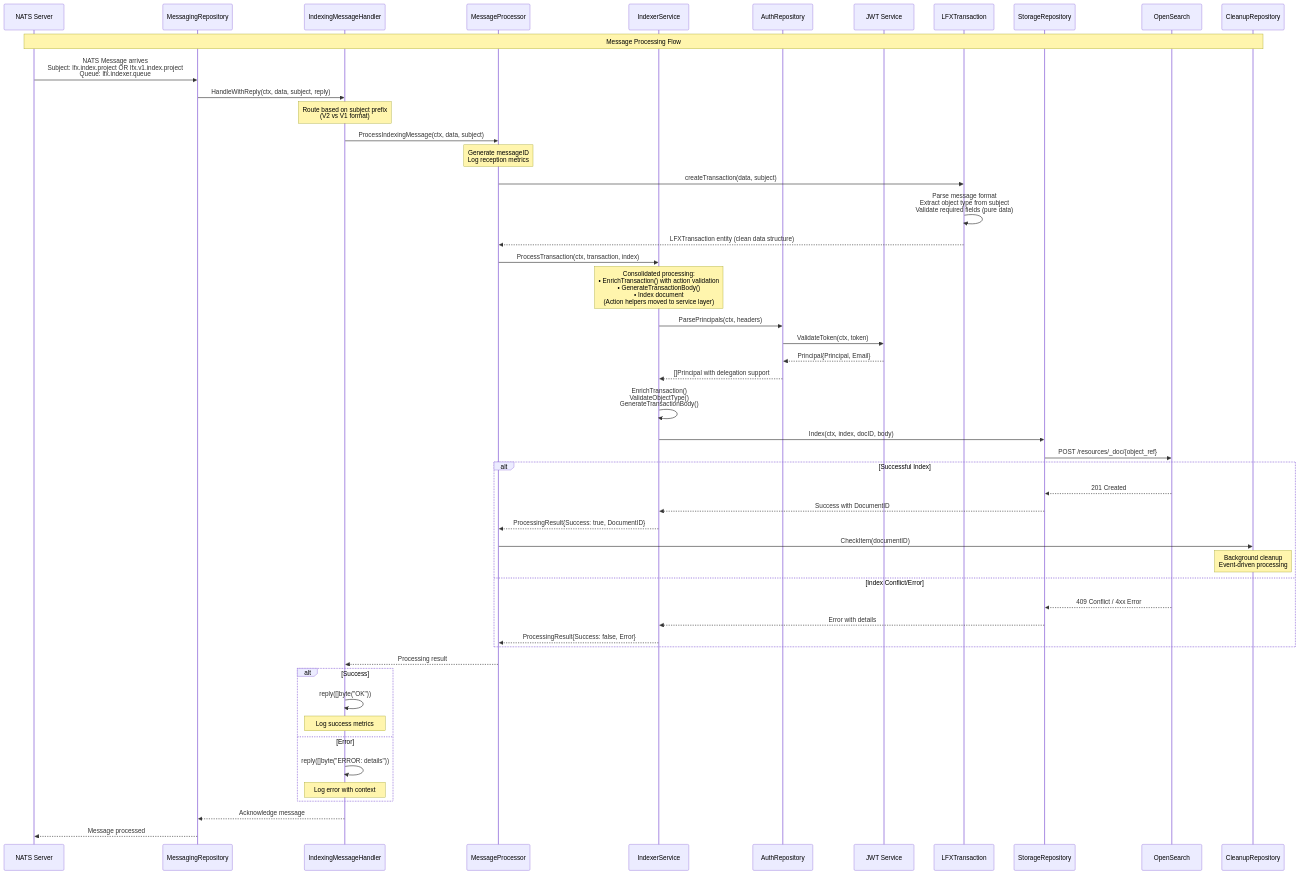
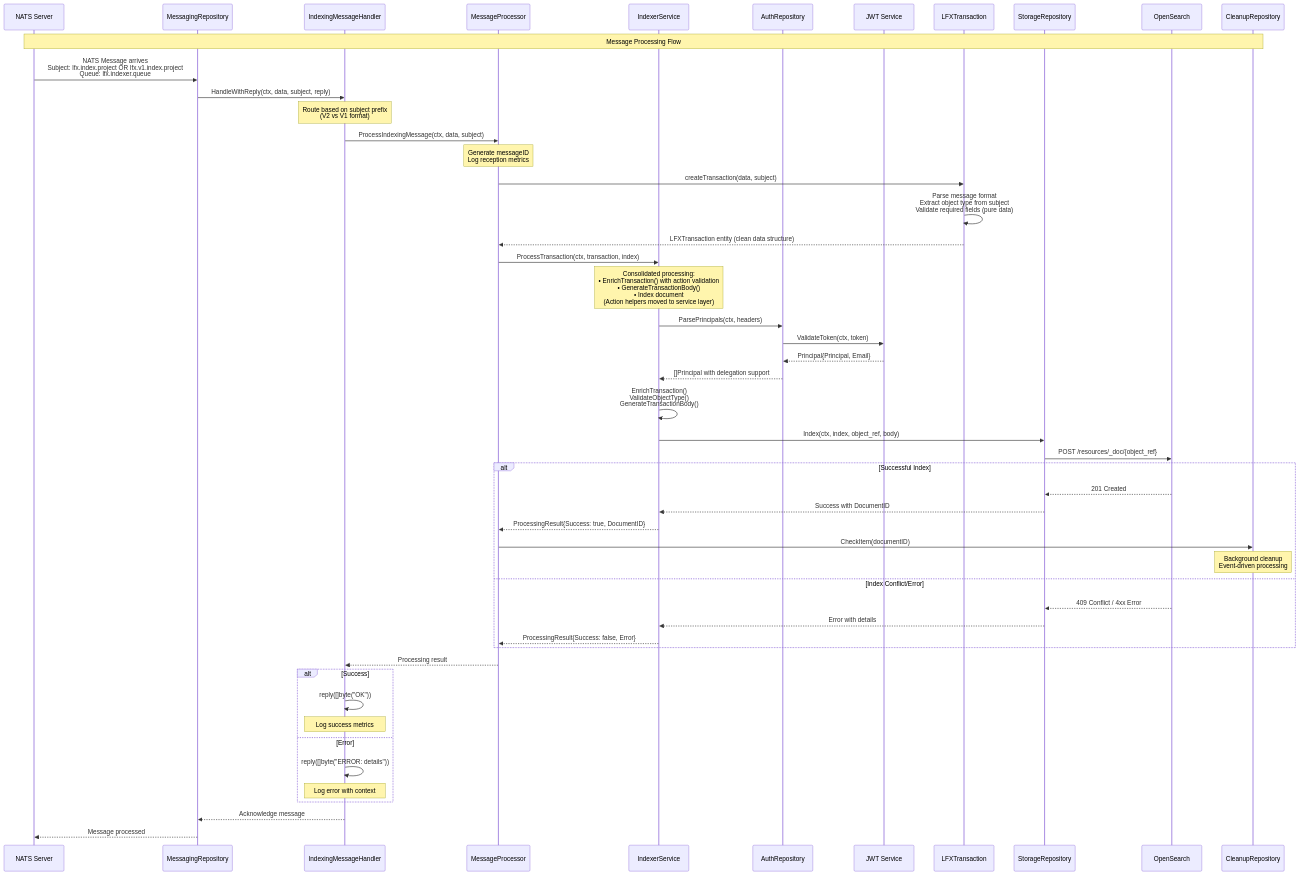
Before and after one commit to linuxfoundation/lfx-v2-indexer-service: the second of 2 diagrams in README.md, drawn with Mermaid. The commit also changed 2 other files, not shown here.

Commit message:
docs: clarify NATS reply semantics and align diagram with write path

````diff
--- a/README.md
+++ b/README.md
@@ -229,78 +229,78 @@
 ```mermaid
 sequenceDiagram
     participant NATS as NATS Server
     participant MR as MessagingRepository
     participant UH as IndexingMessageHandler
     participant MP as MessageProcessor
     participant IS as IndexerService
     participant AR as AuthRepository
     participant JWT as JWT Service
     participant TE as LFXTransaction
     participant SR as StorageRepository
     participant OS as OpenSearch
     participant CR as CleanupRepository
 
     Note over NATS,CR: Message Processing Flow
 
     %% Message Arrival & Presentation Layer
     NATS->>MR: NATS Message arrives<br/>Subject: lfx.index.project OR lfx.v1.index.project<br/>Queue: lfx.indexer.queue
 
     MR->>UH: HandleWithReply(ctx, data, subject, reply)
     Note over UH: Route based on subject prefix<br/>(V2 vs V1 format)
 
     %% Application Layer Coordination
     UH->>MP: ProcessIndexingMessage(ctx, data, subject)
     Note over MP: Generate messageID<br/>Log reception metrics
 
     %% Transaction Creation & Validation
     MP->>TE: createTransaction(data, subject)
     TE->>TE: Parse message format<br/>Extract object type from subject<br/>Validate required fields (pure data)
     TE-->>MP: LFXTransaction entity (clean data structure)
 
     %% Domain Layer Business Logic
     MP->>IS: ProcessTransaction(ctx, transaction, index)
 
     Note over IS: Consolidated processing:<br/>• EnrichTransaction() with action validation<br/>• GenerateTransactionBody()<br/>• Index document<br/>(Action helpers moved to service layer)
 
     %% Authentication & Authorization
     IS->>AR: ParsePrincipals(ctx, headers)
     AR->>JWT: ValidateToken(ctx, token)
     JWT-->>AR: Principal{Principal, Email}
     AR-->>IS: []Principal with delegation support
 
     %% Validation & Body Generation
     IS->>IS: EnrichTransaction()<br/>ValidateObjectType()<br/>GenerateTransactionBody()
 
     %% Document Indexing
-    IS->>SR: Index(ctx, index, docID, body)
+    IS->>SR: Index(ctx, index, object_ref, body)
     SR->>OS: POST /resources/_doc/{object_ref}
 
     alt Successful Index
         OS-->>SR: 201 Created
         SR-->>IS: Success with DocumentID
 
         %% Background Conflict Resolution
         IS-->>MP: ProcessingResult{Success: true, DocumentID}
         MP->>CR: CheckItem(documentID)
         Note over CR: Background cleanup<br/>Event-driven processing
 
     else Index Conflict/Error
         OS-->>SR: 409 Conflict / 4xx Error
         SR-->>IS: Error with details
         IS-->>MP: ProcessingResult{Success: false, Error}
     end
 
     %% Response Handling
     MP-->>UH: Processing result
 
     alt Success
         UH->>UH: reply([]byte("OK"))
         Note over UH: Log success metrics
     else Error
         UH->>UH: reply([]byte("ERROR: details"))
         Note over UH: Log error with context
     end
 
     UH-->>MR: Acknowledge message
     MR-->>NATS: Message processed
 ```
````
